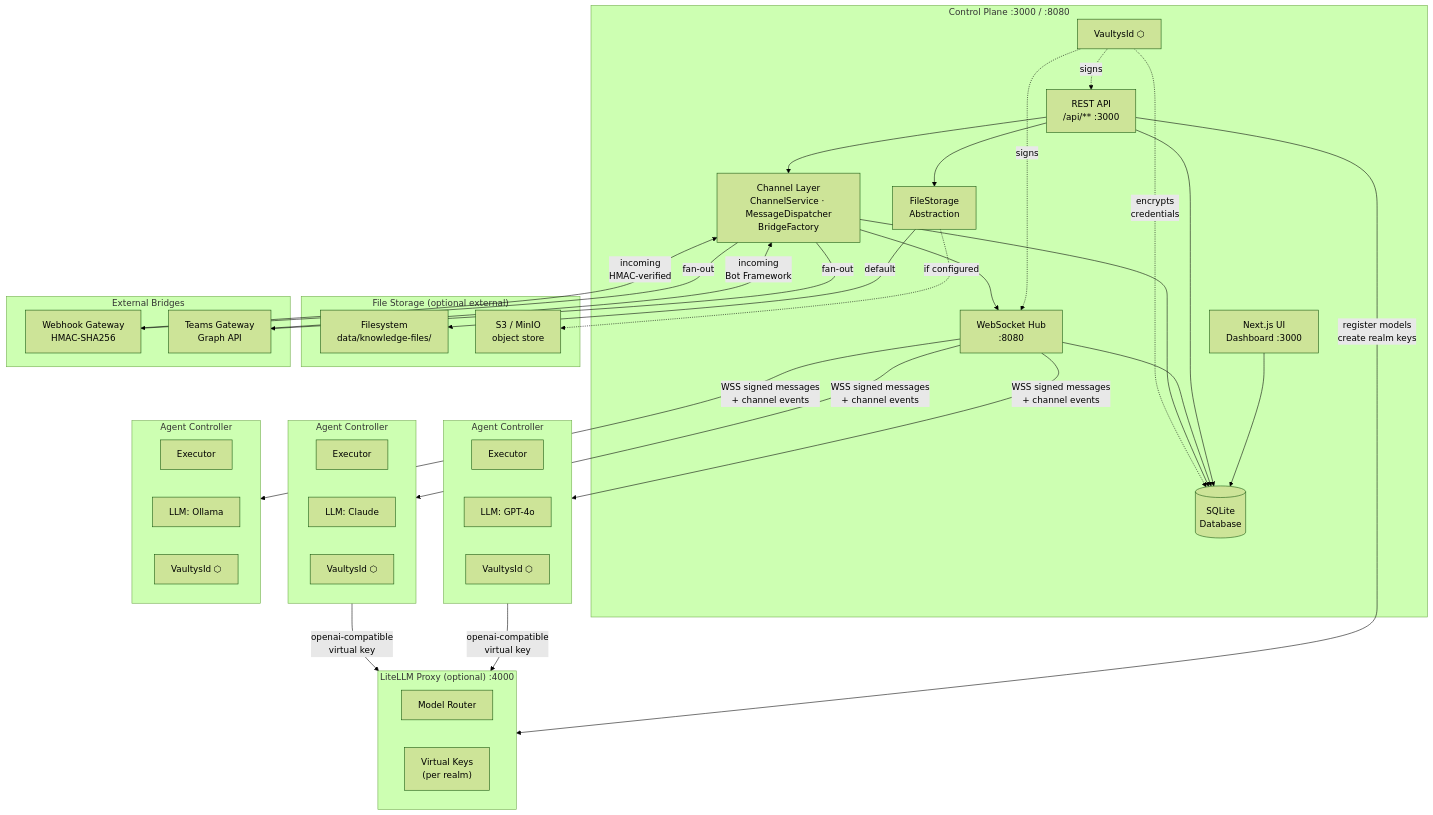
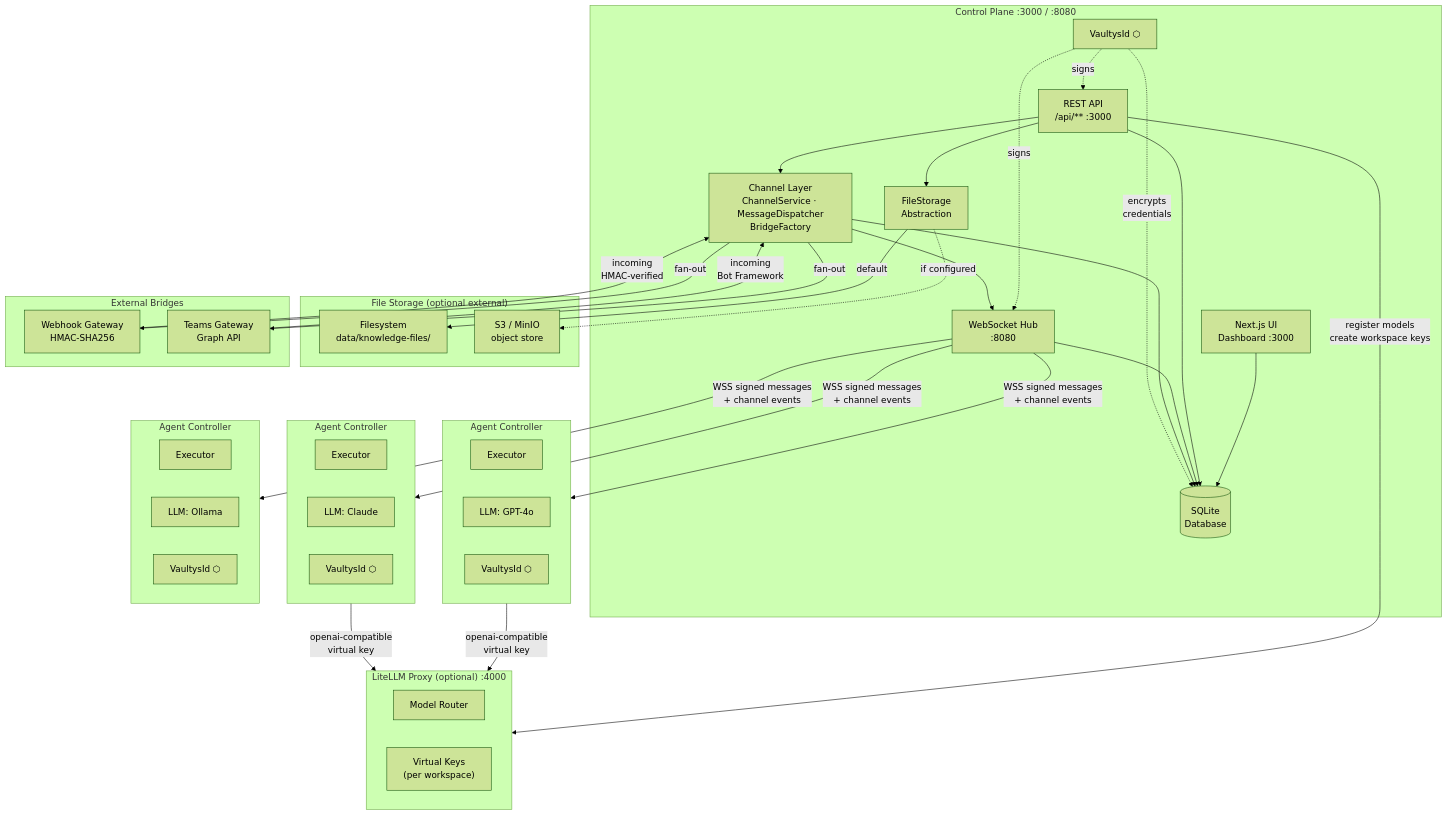
One commit to vaultys/VaultysClaw changed the first of 6 diagrams in docs-site/docs/overview/architecture.md. Above: the diagram before and after it, drawn with Mermaid (forest theme). The commit also changed other lines of this file and 341 other files, not shown here.

Commit message:
rename realm to workspace

````diff
--- a/docs-site/docs/overview/architecture.md
+++ b/docs-site/docs/overview/architecture.md
@@ -13,69 +13,69 @@
 ```mermaid
 graph TD
   subgraph CP["Control Plane  :3000 / :8080"]
     UI["Next.js UI\nDashboard :3000"]
     API["REST API\n/api/** :3000"]
     WS["WebSocket Hub\n:8080"]
     CH["Channel Layer\nChannelService · MessageDispatcher\nBridgeFactory"]
     DB[("SQLite\nDatabase")]
     VID_CP["VaultysId ⬡"]
     FSA["FileStorage\nAbstraction"]
 
     UI --> DB
     API --> DB
     WS --> DB
     CH --> DB
     API --> FSA
     VID_CP -.signs.-> WS
     VID_CP -.signs.-> API
     VID_CP -."encrypts\ncredentials".-> DB
     API --> CH
     CH --> WS
   end
 
   subgraph FileStorage["File Storage (optional external)"]
     FSFS["Filesystem\ndata/knowledge-files/"]
     S3["S3 / MinIO\nobject store"]
   end
 
   subgraph LiteLLM["LiteLLM Proxy (optional)  :4000"]
     Router["Model Router"]
-    Keys["Virtual Keys\n(per realm)"]
+    Keys["Virtual Keys\n(per workspace)"]
   end
 
   subgraph Bridges["External Bridges"]
     WHook["Webhook Gateway\nHMAC-SHA256"]
     Teams["Teams Gateway\nGraph API"]
   end
 
   subgraph A1["Agent Controller"]
     EX1["Executor"]
     LLM1["LLM: GPT-4o"]
     VID1["VaultysId ⬡"]
   end
 
   subgraph A2["Agent Controller"]
     EX2["Executor"]
     LLM2["LLM: Claude"]
     VID2["VaultysId ⬡"]
   end
 
   subgraph A3["Agent Controller"]
     EX3["Executor"]
     LLM3["LLM: Ollama"]
     VID3["VaultysId ⬡"]
   end
 
   FSA -- "default" --> FSFS
   FSA -. "if configured" .-> S3
-  API -- "register models\ncreate realm keys" --> LiteLLM
+  API -- "register models\ncreate workspace keys" --> LiteLLM
   WS -- "WSS signed messages\n+ channel events" --> A1
   WS -- "WSS signed messages\n+ channel events" --> A2
   WS -- "WSS signed messages\n+ channel events" --> A3
   A1 -- "openai-compatible\nvirtual key" --> LiteLLM
   A2 -- "openai-compatible\nvirtual key" --> LiteLLM
   CH -- "fan-out" --> WHook
   CH -- "fan-out" --> Teams
   WHook -- "incoming\nHMAC-verified" --> CH
   Teams -- "incoming\nBot Framework" --> CH
 ```
````
